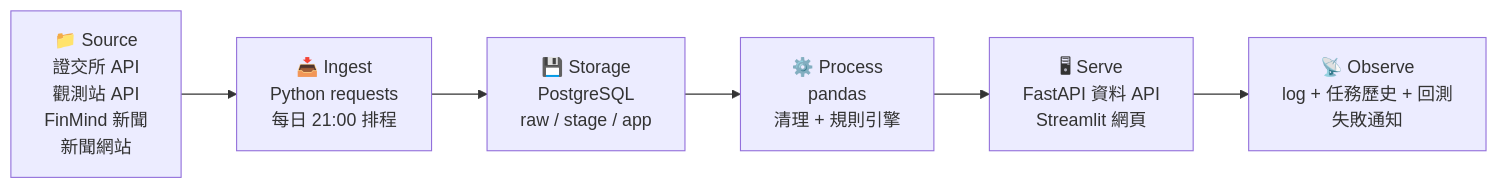
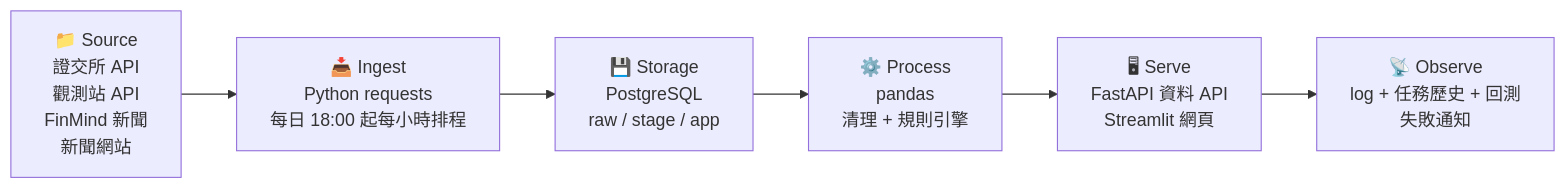
Before and after one commit to hannahTai/G2-attention_stock_tracker-tw_stock: the diagram in README.md, drawn with Mermaid. The commit also changed 10 other files, not shown here.

````diff
--- a/README.md
+++ b/README.md
@@ -27,8 +27,8 @@
 ```mermaid
 flowchart LR
-    S["📁 Source<br/>證交所 API<br/>觀測站 API<br/>FinMind 新聞<br/>新聞網站"] --> I["📥 Ingest<br/>Python requests<br/>每日 21:00 排程"]
+    S["📁 Source<br/>證交所 API<br/>觀測站 API<br/>FinMind 新聞<br/>新聞網站"] --> I["📥 Ingest<br/>Python requests<br/>每日 18:00 起每小時排程"]
     I --> ST["💾 Storage<br/>PostgreSQL<br/>raw / stage / app"]
     ST --> P["⚙️ Process<br/>pandas<br/>清理 + 規則引擎"]
     P --> SE["🖥 Serve<br/>FastAPI 資料 API<br/>Streamlit 網頁"]
     SE --> O["📡 Observe<br/>log + 任務歷史 + 回測<br/>失敗通知"]
 ```
````
